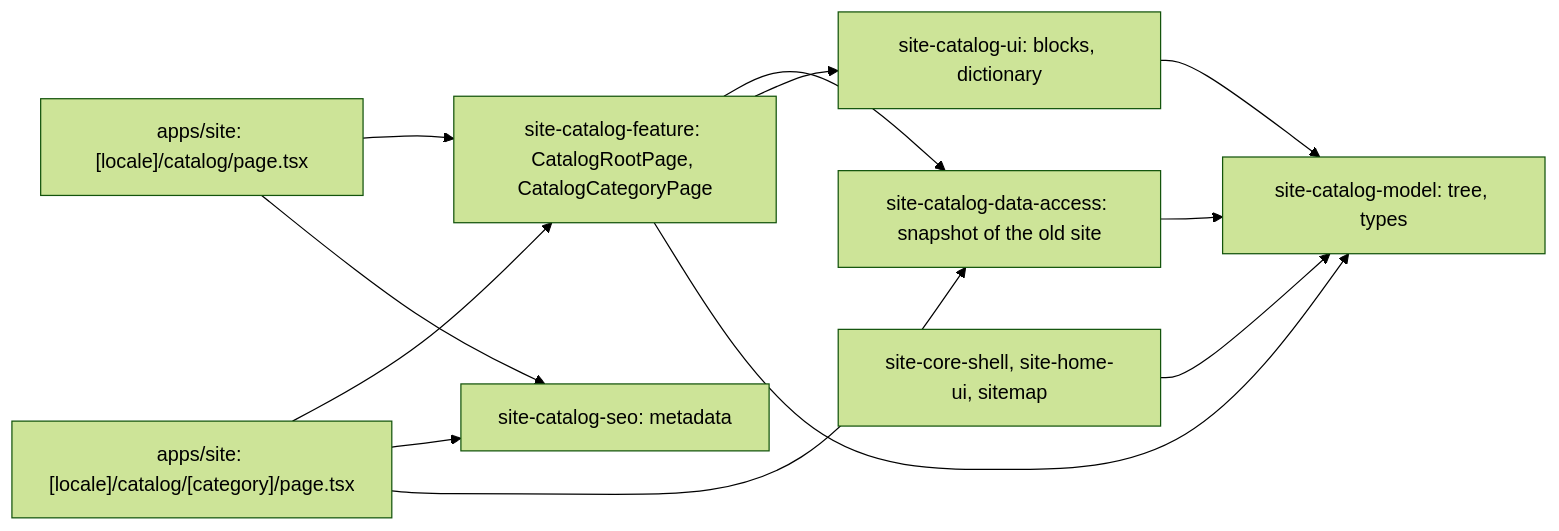
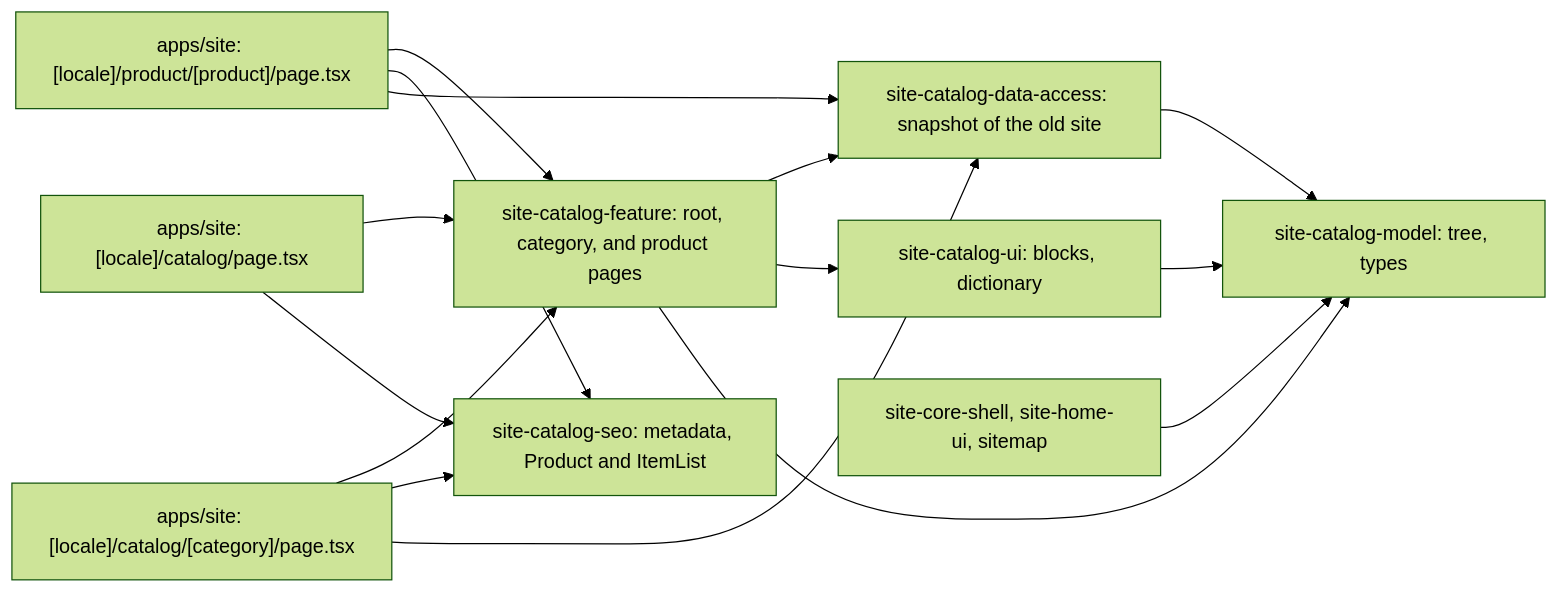
The diagram in docs/features/site/catalog.md (Weretik/brevi-web), drawn with Mermaid (forest theme) before and after one commit. The commit also changed other lines of this file and 38 other files, not shown here.

First line of the commit message:
feat(site): add product page template

````diff
--- a/docs/features/site/catalog.md
+++ b/docs/features/site/catalog.md
@@ -13,14 +15,17 @@
 ```mermaid
 flowchart LR
-  Root["apps/site: [locale]/catalog/page.tsx"] --> Feature["site-catalog-feature: CatalogRootPage, CatalogCategoryPage"]
+  Root["apps/site: [locale]/catalog/page.tsx"] --> Feature["site-catalog-feature: root, category, and product pages"]
   Category["apps/site: [locale]/catalog/[category]/page.tsx"] --> Feature
-  Root --> PageSeo["site-catalog-seo: metadata"]
+  Product["apps/site: [locale]/product/[product]/page.tsx"] --> Feature
+  Product --> PageSeo
+  Product --> Data
+  Root --> PageSeo["site-catalog-seo: metadata, Product and ItemList"]
   Category --> PageSeo
   Category --> Data["site-catalog-data-access: snapshot of the old site"]
   Feature --> Data
   Feature --> Ui["site-catalog-ui: blocks, dictionary"]
   Feature --> Model["site-catalog-model: tree, types"]
   Data --> Model
   Ui --> Model
   Shell["site-core-shell, site-home-ui, sitemap"] --> Model
 ```
````
